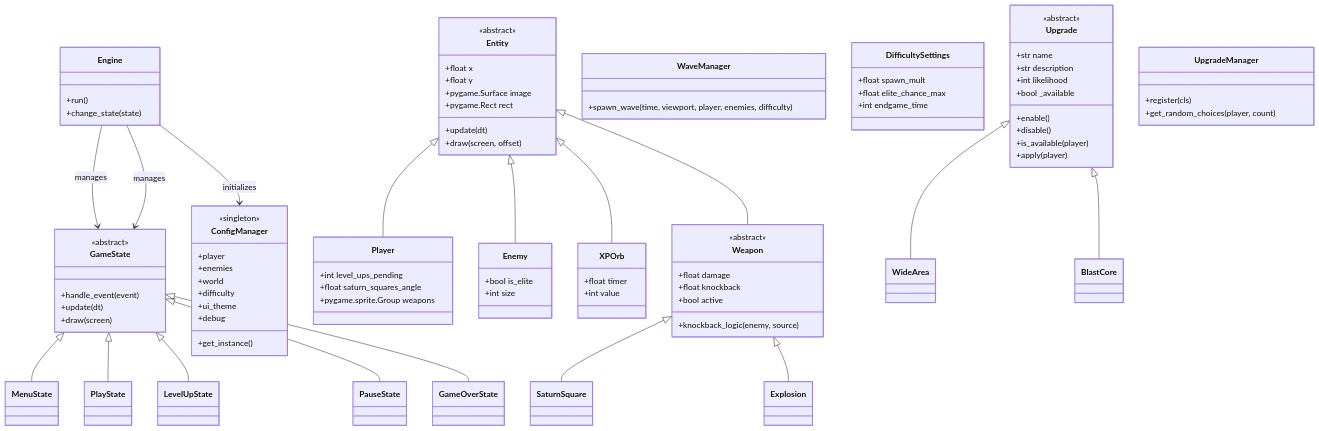
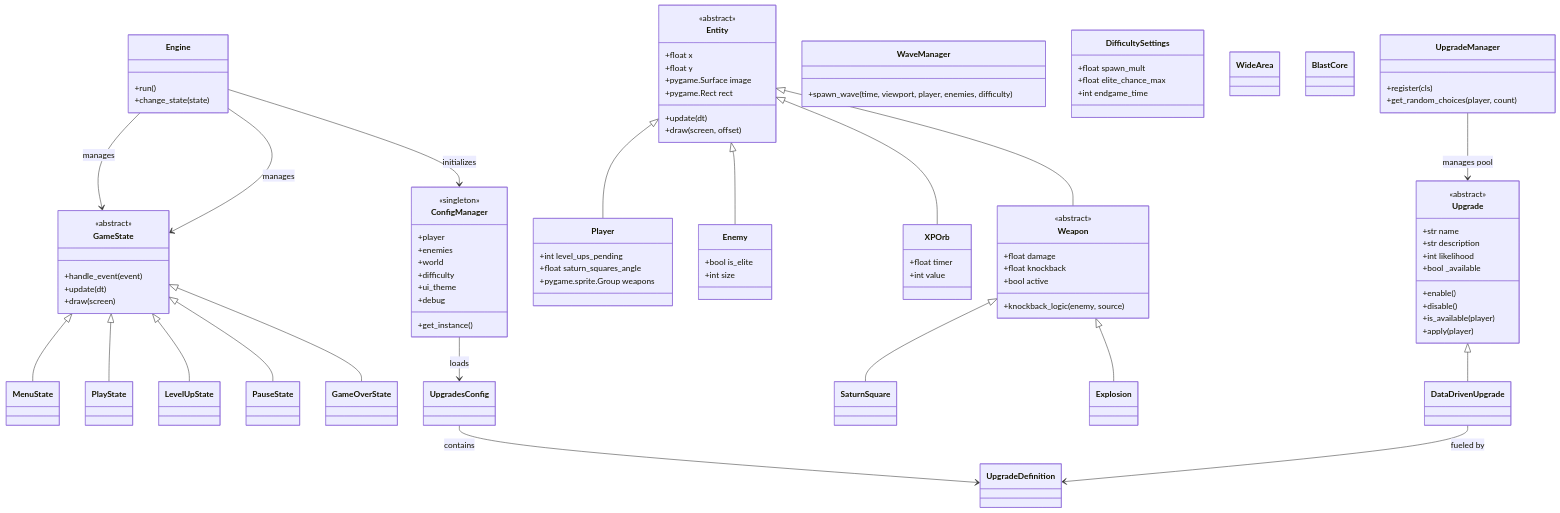
Before and after one commit to lavariall/square-survivors: the diagram in README.md, drawn with Mermaid. The commit also changed other lines of this file, not shown here.

Commit message:
docs: update README and architecture guidelines for data-driven upgrades

```diff
--- a/README.md
+++ b/README.md
@@ -114,8 +114,11 @@
         +get_random_choices(player, count)
     }
     
-    Upgrade <|-- WideArea
-    Upgrade <|-- BlastCore
+    Upgrade <|-- DataDrivenUpgrade
+    UpgradeManager --> Upgrade : manages pool
+    ConfigManager --> UpgradesConfig : loads
+    UpgradesConfig --> UpgradeDefinition : contains
+    DataDrivenUpgrade --> UpgradeDefinition : fueled by
     Engine --> GameState : manages
     Engine --> ConfigManager : initializes
 
```
